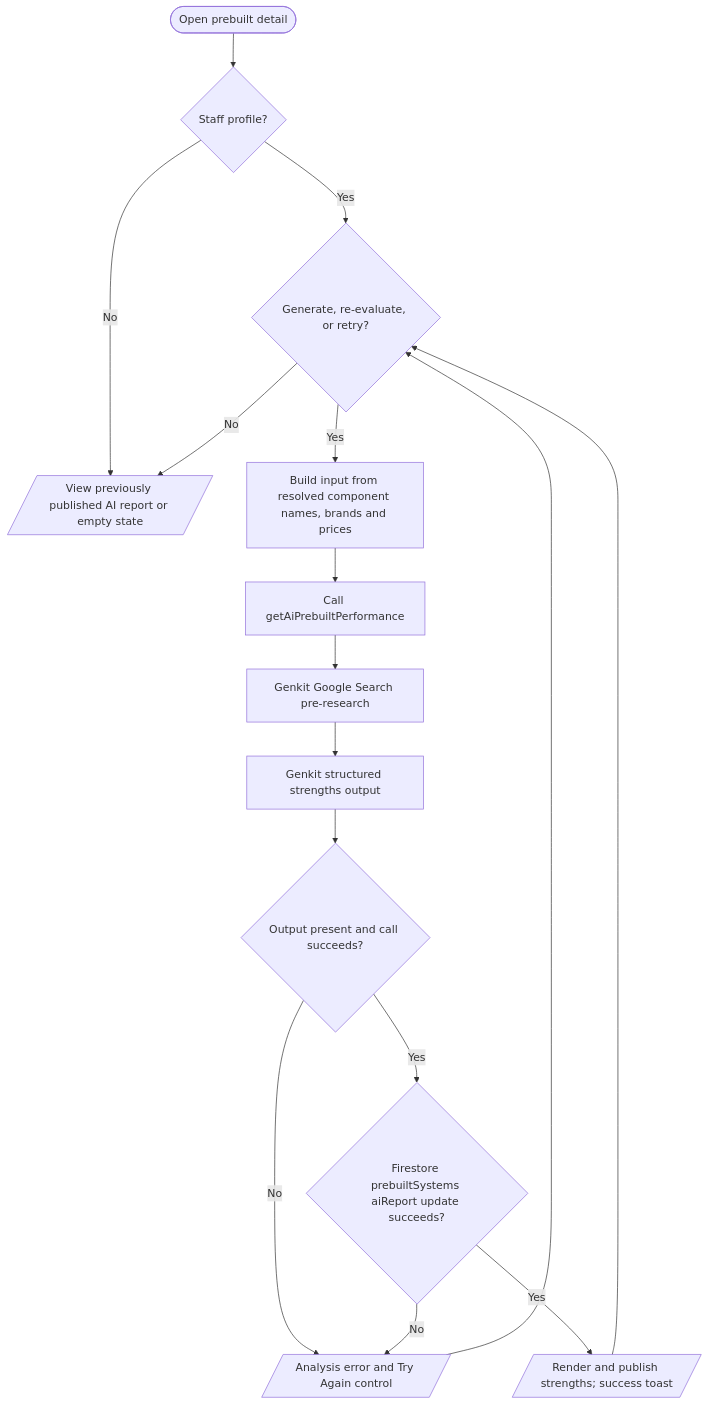
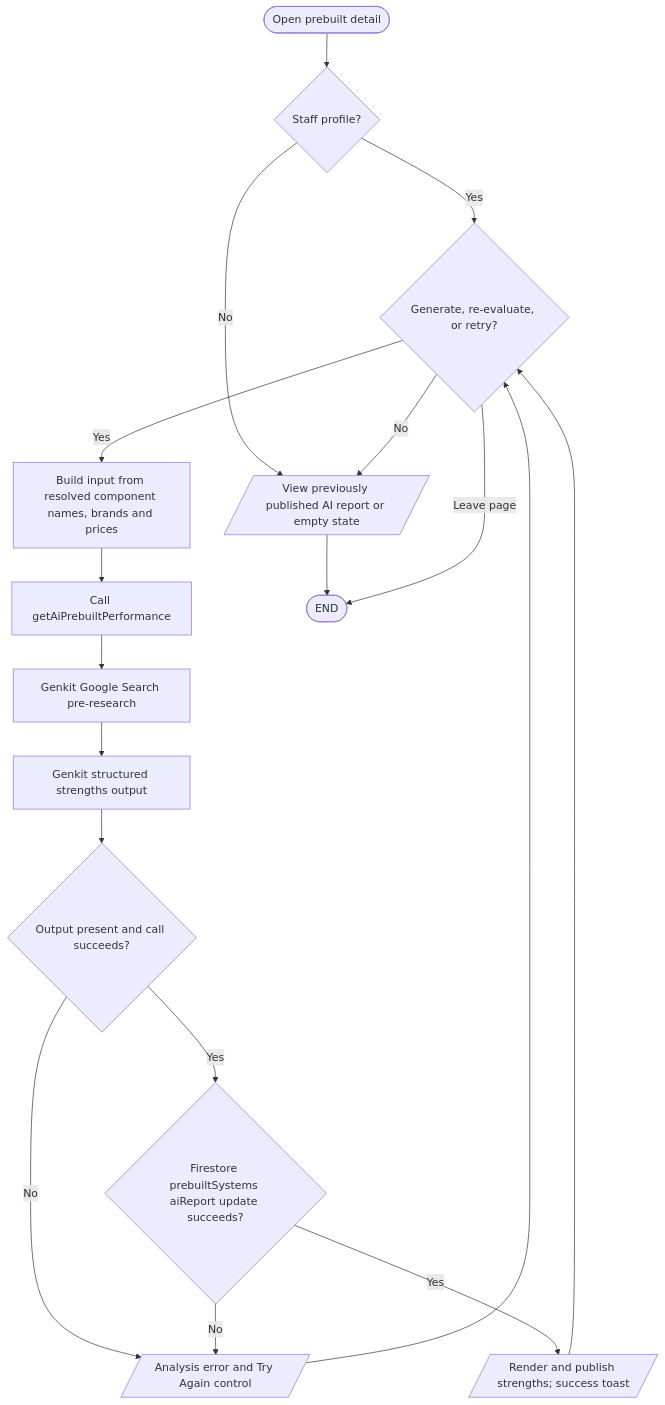
The diagram in docs/flowcharts/ai-system/ai-prebuilt-performance-flowchart.md (VirgenRayzon/BuilbotAI), drawn with Mermaid before and after one commit. The commit also changed other lines of this file and 109 other files, not shown here.

Commit message:
feat(builder): add live recommendations, budget slider, and updated system flowcharts

````diff
--- a/docs/flowcharts/ai-system/ai-prebuilt-performance-flowchart.md
+++ b/docs/flowcharts/ai-system/ai-prebuilt-performance-flowchart.md
@@ -3,17 +7,19 @@
 ```mermaid
 flowchart TD
   Start([Open prebuilt detail]) --> Role{Staff profile?}
   Role -- No --> Read[/View previously published AI report or empty state/]
   Role -- Yes --> Generate{Generate, re-evaluate, or retry?}
   Generate -- No --> Read
   Generate -- Yes --> Parts[Build input from resolved component names, brands and prices]
   Parts --> Call[Call getAiPrebuiltPerformance]
   Call --> Research[Genkit Google Search pre-research]
   Research --> Structured[Genkit structured strengths output]
   Structured --> Valid{Output present and call succeeds?}
   Valid -- No --> Error[/Analysis error and Try Again control/] --> Generate
   Valid -- Yes --> Save{Firestore prebuiltSystems aiReport update succeeds?}
   Save -- No --> Error
   Save -- Yes --> Result[/Render and publish strengths; success toast/]
   Result --> Generate
+  Read --> Finish([END])
+  Generate -- Leave page --> Finish
 ```
````
